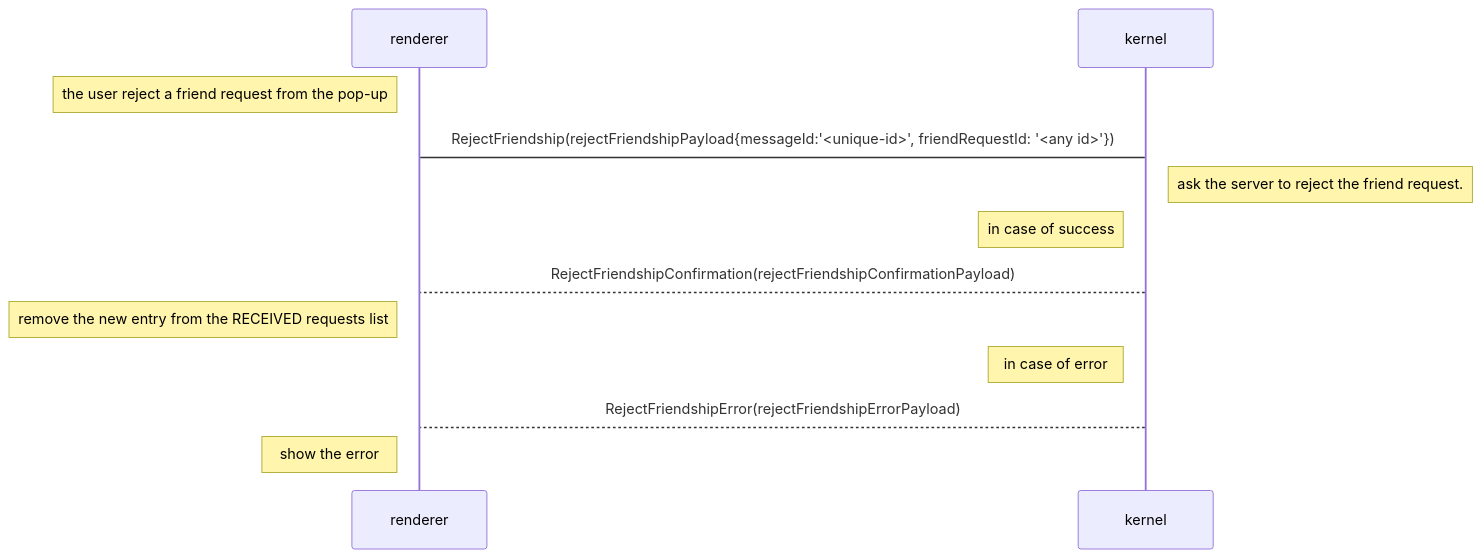
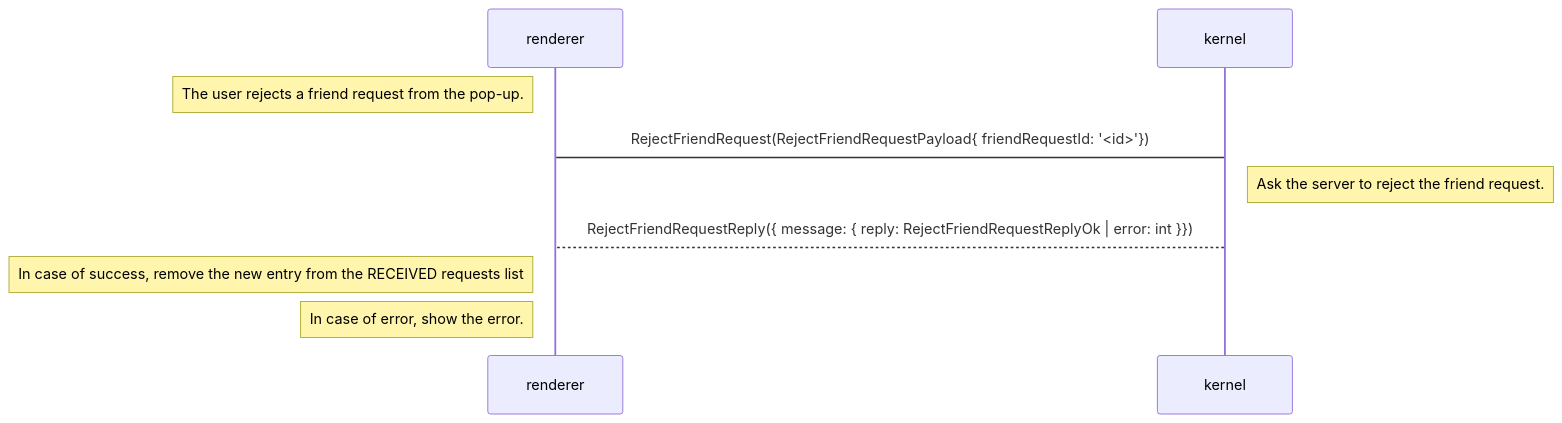
The fourth of 5 diagrams in content/ADR-137-new-friend-request.md (decentraland/adr), drawn with Mermaid before and after one commit. The commit also changed other lines of this file, not shown here.

````diff
--- a/content/ADR-137-new-friend-request.md
+++ b/content/ADR-137-new-friend-request.md
@@ -176,15 +151,12 @@
 ```mermaid
 sequenceDiagram
   participant renderer
   participant kernel
   
-note left of renderer: the user reject a friend request from the pop-up
-renderer->kernel: RejectFriendship(rejectFriendshipPayload{messageId:'<unique-id>', friendRequestId: '<any id>'})
-note right of kernel: ask the server to reject the friend request.
-note left of kernel: in case of success
-kernel-->renderer: RejectFriendshipConfirmation(rejectFriendshipConfirmationPayload)
-note left of renderer: remove the new entry from the RECEIVED requests list
-note left of kernel: in case of error
-kernel-->renderer: RejectFriendshipError(rejectFriendshipErrorPayload)
-note left of renderer: show the error
+note left of renderer: The user rejects a friend request from the pop-up.
+renderer->kernel: RejectFriendRequest(RejectFriendRequestPayload{ friendRequestId: '<id>'})
+note right of kernel: Ask the server to reject the friend request.
+kernel-->renderer: RejectFriendRequestReply({ message: { reply: RejectFriendRequestReplyOk | error: int }})
+note left of renderer: In case of success, remove the new entry from the RECEIVED requests list
+note left of renderer: In case of error, show the error.
 ```
````
